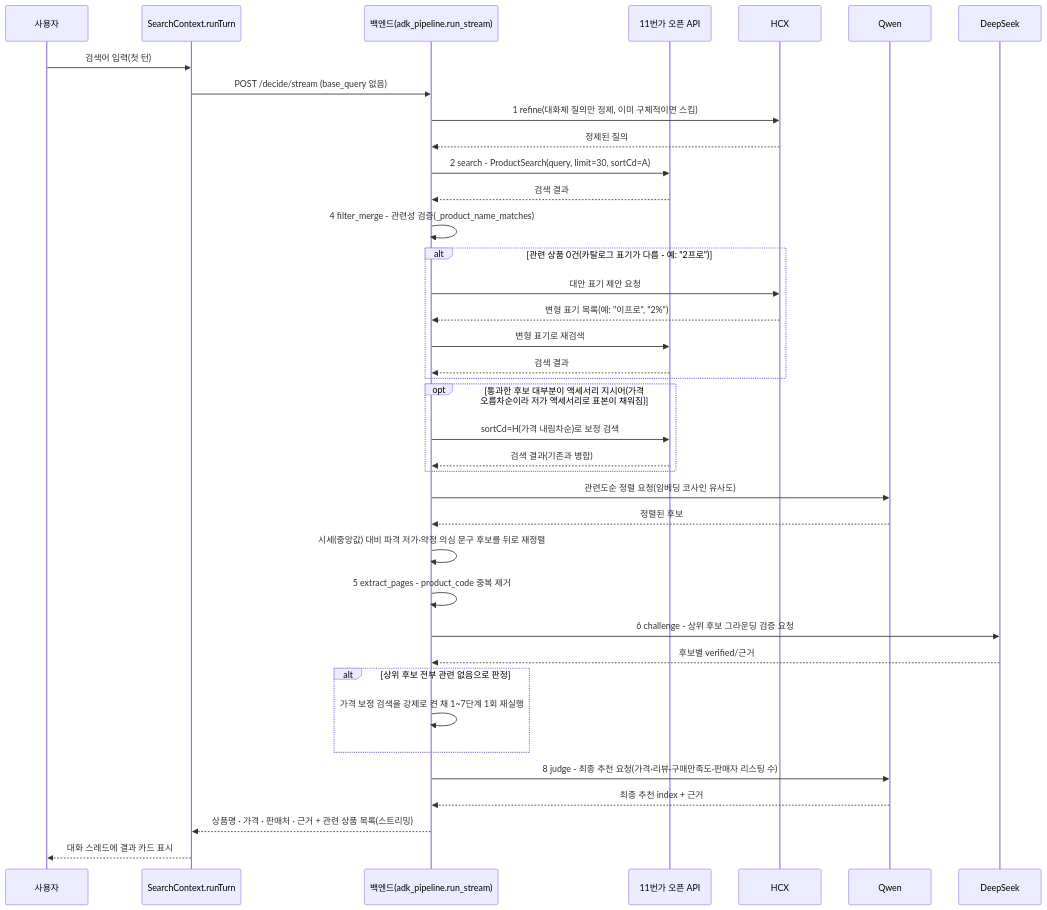
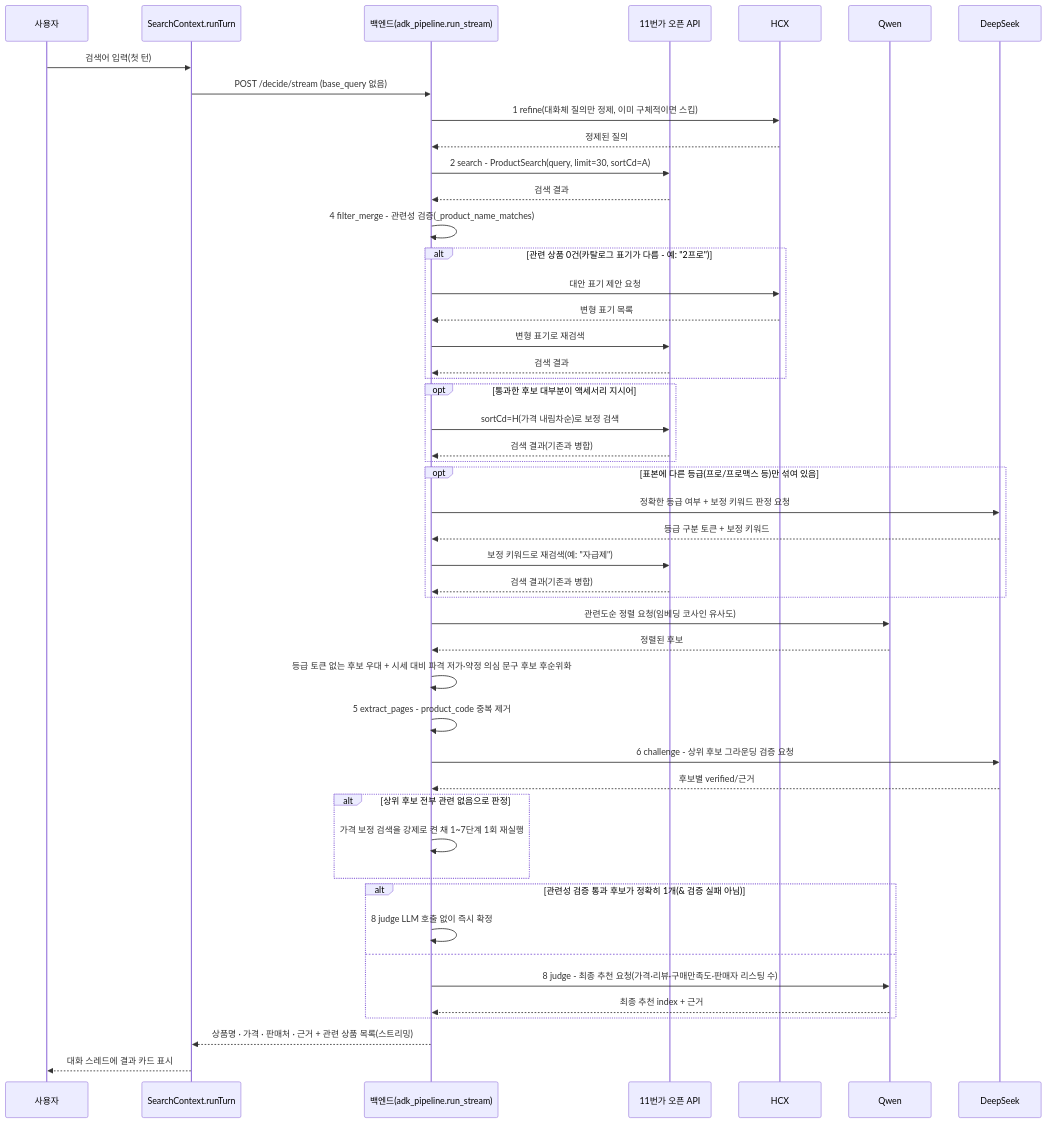
Before and after one commit to Alpha-pick00/Prototype1: the second of 2 diagrams in README.md, drawn with Mermaid. The commit also changed other lines of this file and 3 other files, not shown here.

````diff
--- a/README.md
+++ b/README.md
@@ -313,41 +215,51 @@
 ```mermaid
 sequenceDiagram
     participant U as 사용자
     participant CTX as SearchContext.runTurn
     participant B as 백엔드(adk_pipeline.run_stream)
     participant E as 11번가 오픈 API
     participant H as HCX
     participant Q as Qwen
     participant D as DeepSeek
 
     U->>CTX: 검색어 입력(첫 턴)
     CTX->>B: POST /decide/stream (base_query 없음)
     B->>H: 1 refine(대화체 질의만 정제, 이미 구체적이면 스킵)
     H-->>B: 정제된 질의
     B->>E: 2 search - ProductSearch(query, limit=30, sortCd=A)
     E-->>B: 검색 결과
     B->>B: 4 filter_merge - 관련성 검증(_product_name_matches)
     alt 관련 상품 0건(카탈로그 표기가 다름 - 예: "2프로")
         B->>H: 대안 표기 제안 요청
-        H-->>B: 변형 표기 목록(예: "이프로", "2%")
+        H-->>B: 변형 표기 목록
         B->>E: 변형 표기로 재검색
         E-->>B: 검색 결과
     end
-    opt 통과한 후보 대부분이 액세서리 지시어(가격 오름차순이라 저가 액세서리로 표본이 채워짐)
+    opt 통과한 후보 대부분이 액세서리 지시어
         B->>E: sortCd=H(가격 내림차순)로 보정 검색
+        E-->>B: 검색 결과(기존과 병합)
+    end
+    opt 표본에 다른 등급(프로/프로맥스 등)만 섞여 있음
+        B->>D: 정확한 등급 여부 + 보정 키워드 판정 요청
+        D-->>B: 등급 구분 토큰 + 보정 키워드
+        B->>E: 보정 키워드로 재검색(예: "자급제")
         E-->>B: 검색 결과(기존과 병합)
     end
     B->>Q: 관련도순 정렬 요청(임베딩 코사인 유사도)
     Q-->>B: 정렬된 후보
-    B->>B: 시세(중앙값) 대비 파격 저가·약정 의심 문구 후보를 뒤로 재정렬
+    B->>B: 등급 토큰 없는 후보 우대 + 시세 대비 파격 저가·약정 의심 문구 후보 후순위화
     B->>B: 5 extract_pages - product_code 중복 제거
     B->>D: 6 challenge - 상위 후보 그라운딩 검증 요청
     D-->>B: 후보별 verified/근거
     alt 상위 후보 전부 관련 없음으로 판정
         B->>B: 가격 보정 검색을 강제로 켠 채 1~7단계 1회 재실행
     end
-    B->>Q: 8 judge - 최종 추천 요청(가격·리뷰·구매만족도·판매자 리스팅 수)
-    Q-->>B: 최종 추천 index + 근거
+    alt 관련성 검증 통과 후보가 정확히 1개(& 검증 실패 아님)
+        B->>B: 8 judge LLM 호출 없이 즉시 확정
+    else
+        B->>Q: 8 judge - 최종 추천 요청(가격·리뷰·구매만족도·판매자 리스팅 수)
+        Q-->>B: 최종 추천 index + 근거
+    end
     B-->>CTX: 상품명 · 가격 · 판매처 · 근거 + 관련 상품 목록(스트리밍)
     CTX-->>U: 대화 스레드에 결과 카드 표시
 ```
````
